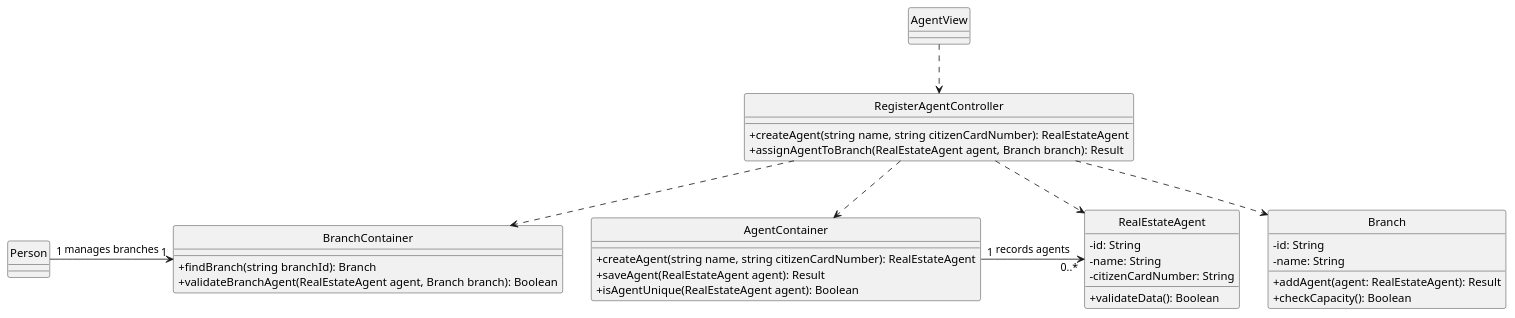
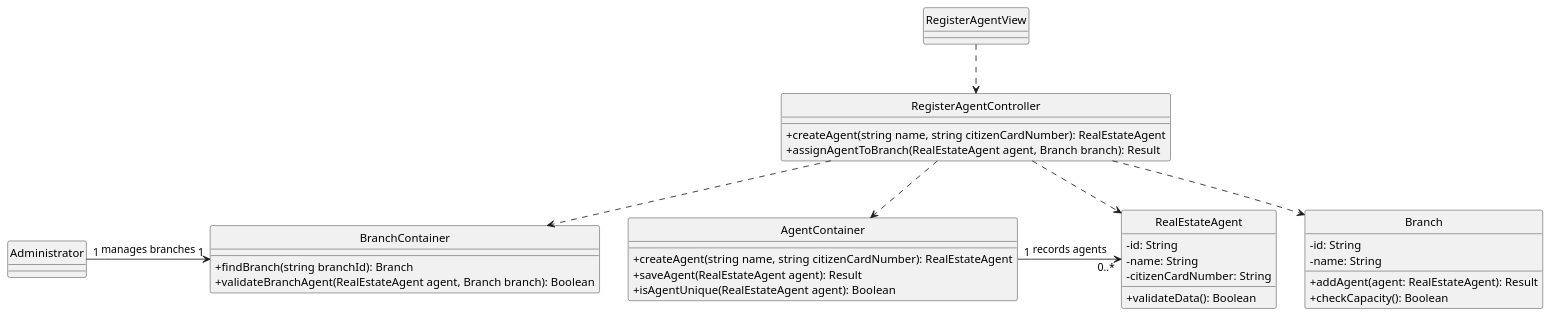
One commit to goncalomaia18/leti-esoft-24-25-A2 changed the diagram in docs/Sprint2/US11/US11-CD.puml. Above: the diagram before and after it, drawn with PlantUML. The commit also changed 5 other files, not shown here.

```diff
--- a/docs/Sprint2/US11/US11-CD.puml
+++ b/docs/Sprint2/US11/US11-CD.puml
@@ -1,49 +1,49 @@
 @startuml
 'https://plantuml.com/class-diagram
 
 hide circle
 skinparam classAttributeIconSize 0
 
-class AgentView {
+class RegisterAgentView {
 }
 
 class RegisterAgentController {
     +createAgent(string name, string citizenCardNumber): RealEstateAgent
     +assignAgentToBranch(RealEstateAgent agent, Branch branch): Result
 }
 
 class RealEstateAgent {
     - id: String
     - name: String
     - citizenCardNumber: String
     +validateData(): Boolean
 }
 
 class Branch {
     - id: String
     - name: String
     +addAgent(agent: RealEstateAgent): Result
     +checkCapacity(): Boolean
 }
 
 class AgentContainer {
     +createAgent(string name, string citizenCardNumber): RealEstateAgent
     +saveAgent(RealEstateAgent agent): Result
     +isAgentUnique(RealEstateAgent agent): Boolean
 }
 
 class BranchContainer {
     +findBranch(string branchId): Branch
     +validateBranchAgent(RealEstateAgent agent, Branch branch): Boolean
 }
 
-Person "1" -right-> "1" BranchContainer : manages branches
+Administrator "1" -right-> "1" BranchContainer : manages branches
 AgentContainer "1" -right-> "0..*" RealEstateAgent : records agents
 
-AgentView ..> RegisterAgentController
+RegisterAgentView ..> RegisterAgentController
 RegisterAgentController ..> RealEstateAgent
 RegisterAgentController ..> BranchContainer
 RegisterAgentController ..> AgentContainer
 RegisterAgentController ..> Branch
 
 @enduml
```
